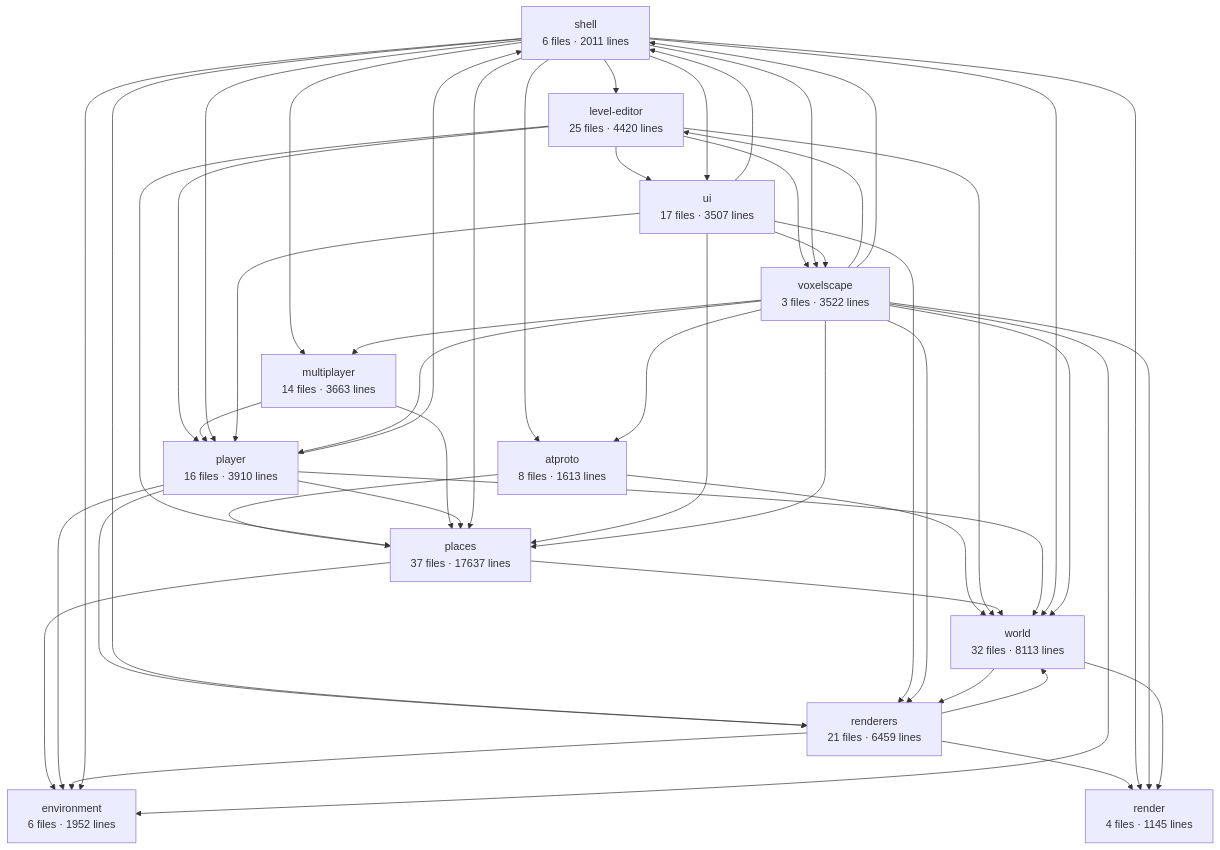
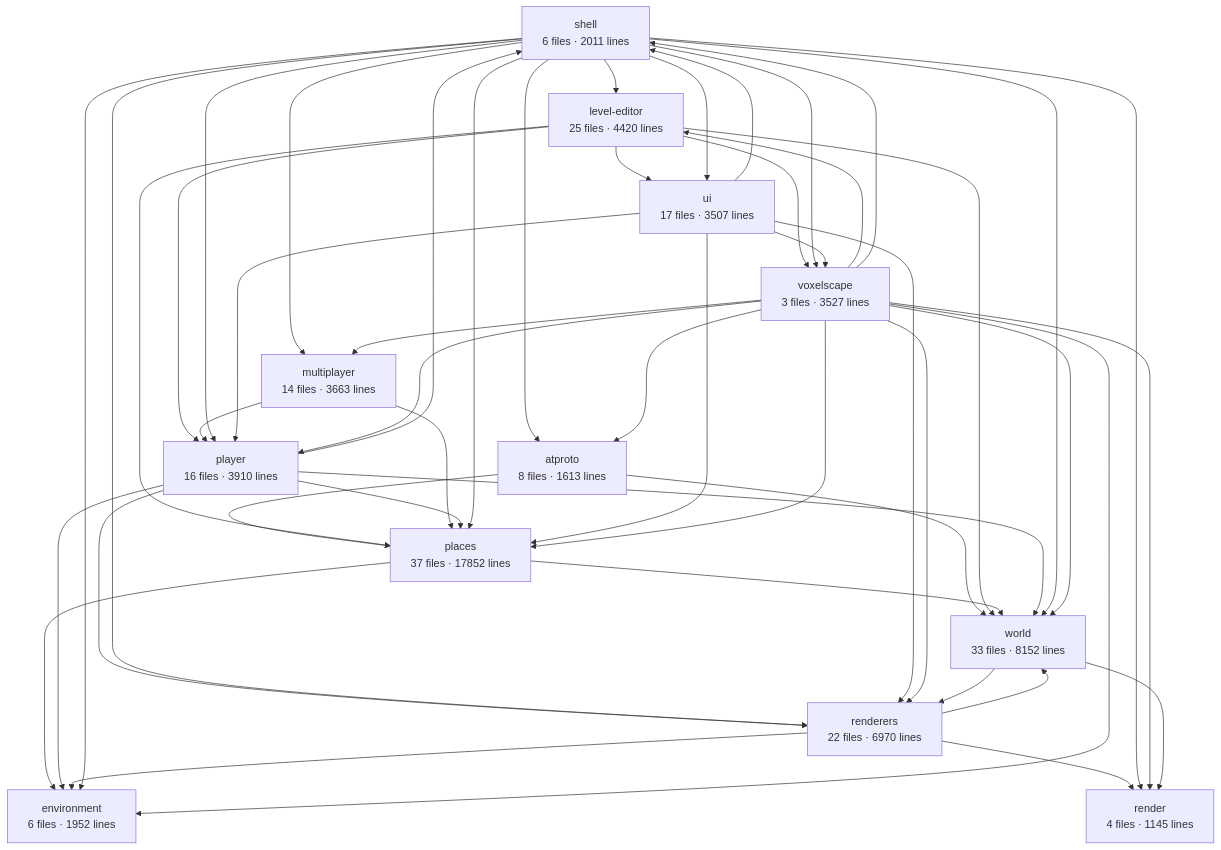
One commit to big-mesh-studios/big-mesh-studios changed the diagram in apps/voxelscape/docs/architecture.md. Above: the diagram before and after it, drawn with Mermaid. The commit also changed other lines of this file and 17 other files, not shown here.

````diff
--- a/apps/voxelscape/docs/architecture.md
+++ b/apps/voxelscape/docs/architecture.md
@@ -6,62 +6,62 @@
 ```mermaid
 graph TD
   shell["shell<br/>6 files · 2011 lines"]
-  voxelscape["voxelscape<br/>3 files · 3522 lines"]
-  world["world<br/>32 files · 8113 lines"]
-  renderers["renderers<br/>21 files · 6459 lines"]
+  voxelscape["voxelscape<br/>3 files · 3527 lines"]
+  world["world<br/>33 files · 8152 lines"]
+  renderers["renderers<br/>22 files · 6970 lines"]
   render["render<br/>4 files · 1145 lines"]
   player["player<br/>16 files · 3910 lines"]
   multiplayer["multiplayer<br/>14 files · 3663 lines"]
-  places["places<br/>37 files · 17637 lines"]
+  places["places<br/>37 files · 17852 lines"]
   environment["environment<br/>6 files · 1952 lines"]
   atproto["atproto<br/>8 files · 1613 lines"]
   ui["ui<br/>17 files · 3507 lines"]
   level-editor["level-editor<br/>25 files · 4420 lines"]
   atproto --> places
   atproto --> world
   level-editor --> places
   level-editor --> player
   level-editor --> ui
   level-editor --> voxelscape
   level-editor --> world
   multiplayer --> places
   multiplayer --> player
   places --> environment
   places --> world
   player --> environment
   player --> places
   player --> renderers
   player --> shell
   player --> world
   renderers --> environment
   renderers --> render
   renderers --> world
   shell --> atproto
   shell --> environment
   shell --> level-editor
   shell --> multiplayer
   shell --> places
   shell --> player
   shell --> render
   shell --> renderers
   shell --> ui
   shell --> voxelscape
   shell --> world
   ui --> places
   ui --> player
   ui --> renderers
   ui --> shell
   ui --> voxelscape
   voxelscape --> atproto
   voxelscape --> environment
   voxelscape --> level-editor
   voxelscape --> multiplayer
   voxelscape --> places
   voxelscape --> player
   voxelscape --> render
   voxelscape --> renderers
   voxelscape --> shell
   voxelscape --> world
   world --> render
   world --> renderers
 ```
````
